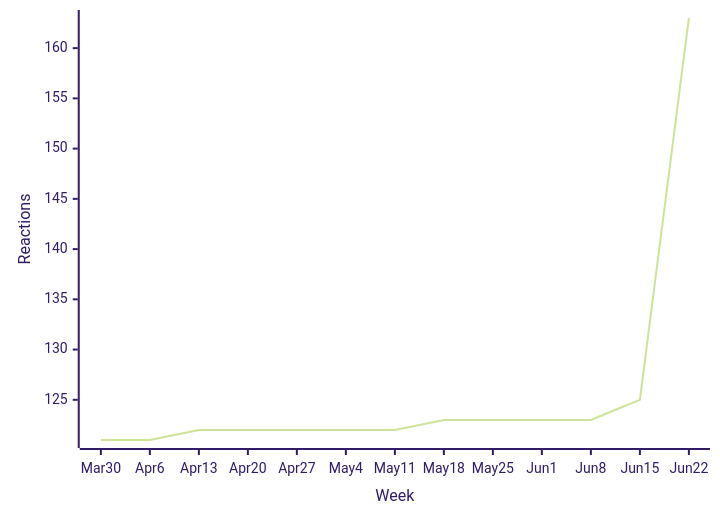
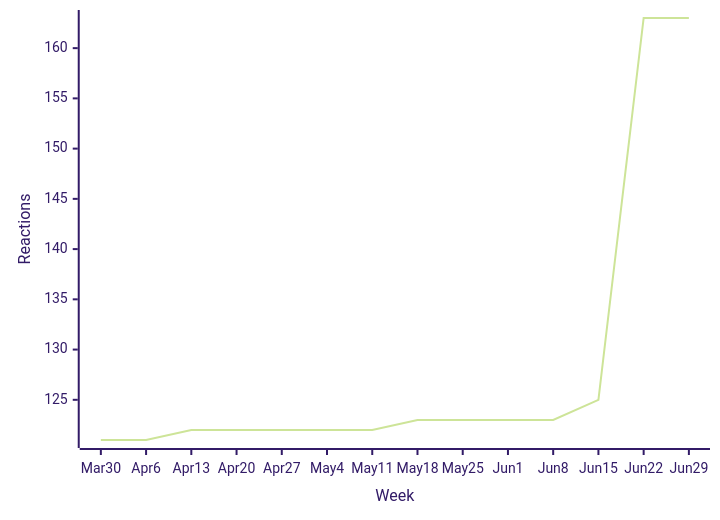
Before and after one commit to loic-sharma/github-insights: the first of 48 diagrams in README.md, drawn with Mermaid (forest theme). The commit also changed other lines of this file and 3 other files, not shown here.

````diff
--- a/README.md
+++ b/README.md
@@ -339,6 +339,6 @@
   ```mermaid
   xychart-beta
-    x-axis "Week" [Mar 30, Apr 6, Apr 13, Apr 20, Apr 27, May 4, May 11, May 18, May 25, Jun 1, Jun 8, Jun 15, Jun 22]
+    x-axis "Week" [Mar 30, Apr 6, Apr 13, Apr 20, Apr 27, May 4, May 11, May 18, May 25, Jun 1, Jun 8, Jun 15, Jun 22, Jun 29]
     y-axis "Reactions"
-    line [121, 121, 122, 122, 122, 122, 122, 123, 123, 123, 123, 125, 163]
+    line [121, 121, 122, 122, 122, 122, 122, 123, 123, 123, 123, 125, 163, 163]
   ```
````
